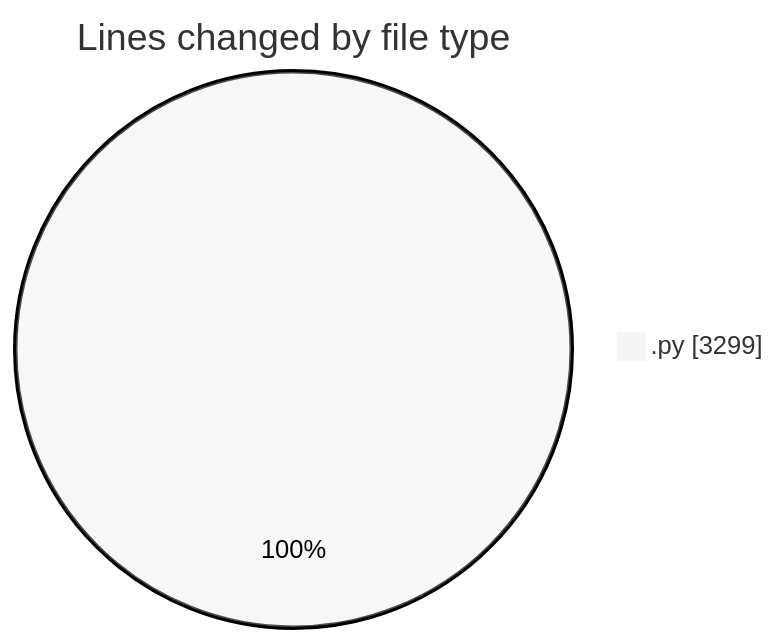
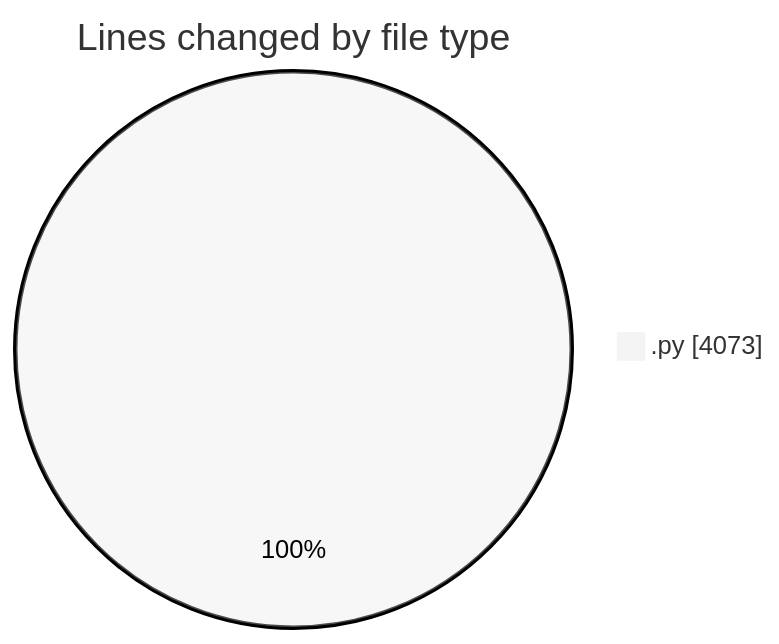
Before and after one commit to julien-gomy/code-tracking: the first of 2 diagrams in 2025-11-14/eventscop-api-guide__workspace_/README.md, drawn with Mermaid (neutral theme). The commit also changed other lines of this file and 1 other file, not shown here.

````diff
--- a/2025-11-14/eventscop-api-guide__workspace_/README.md
+++ b/2025-11-14/eventscop-api-guide__workspace_/README.md
@@ -24,5 +24,5 @@
 ```mermaid
 pie showData
 title Lines changed by file type
-".py" : 3299
+".py" : 4073
 ```
````
